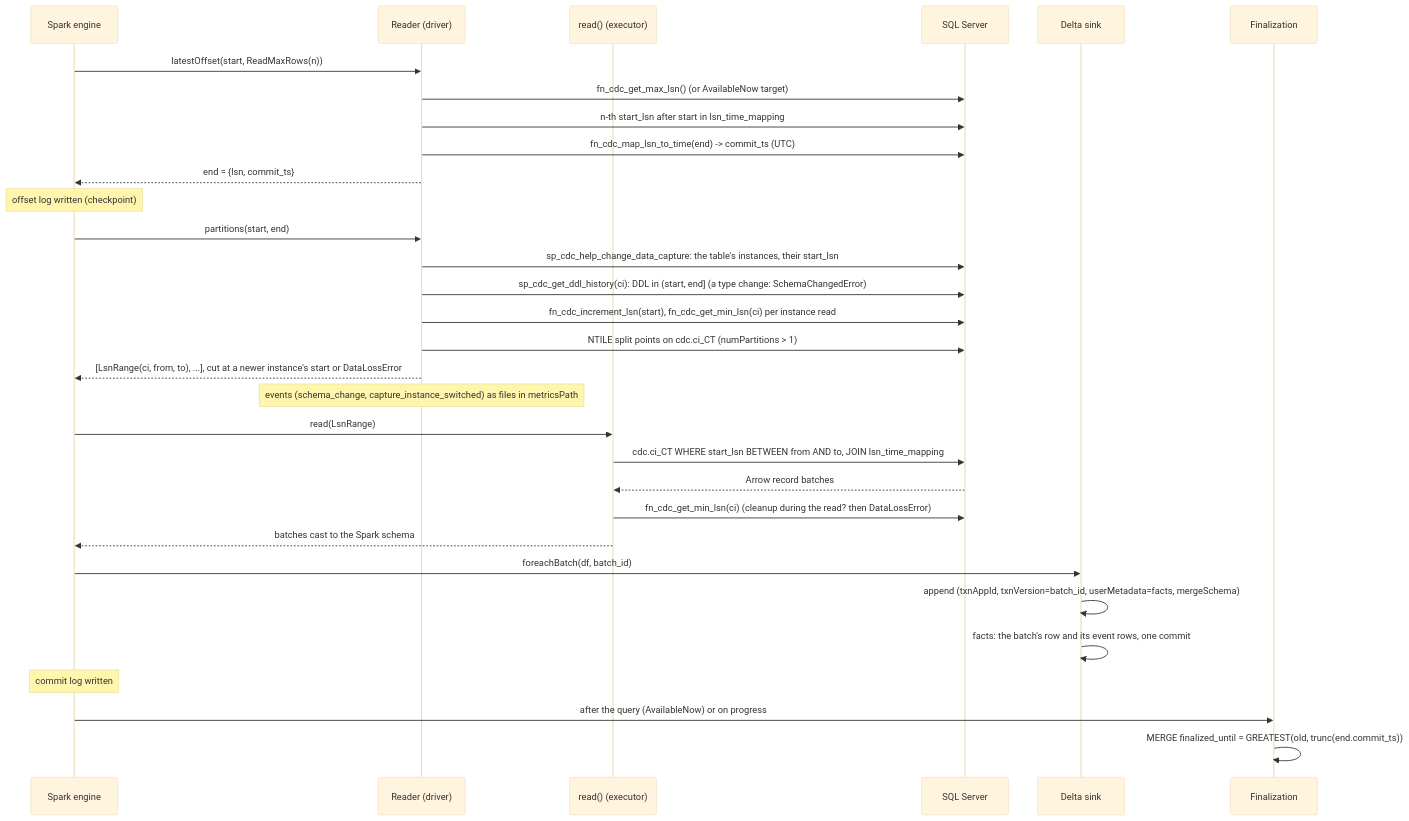
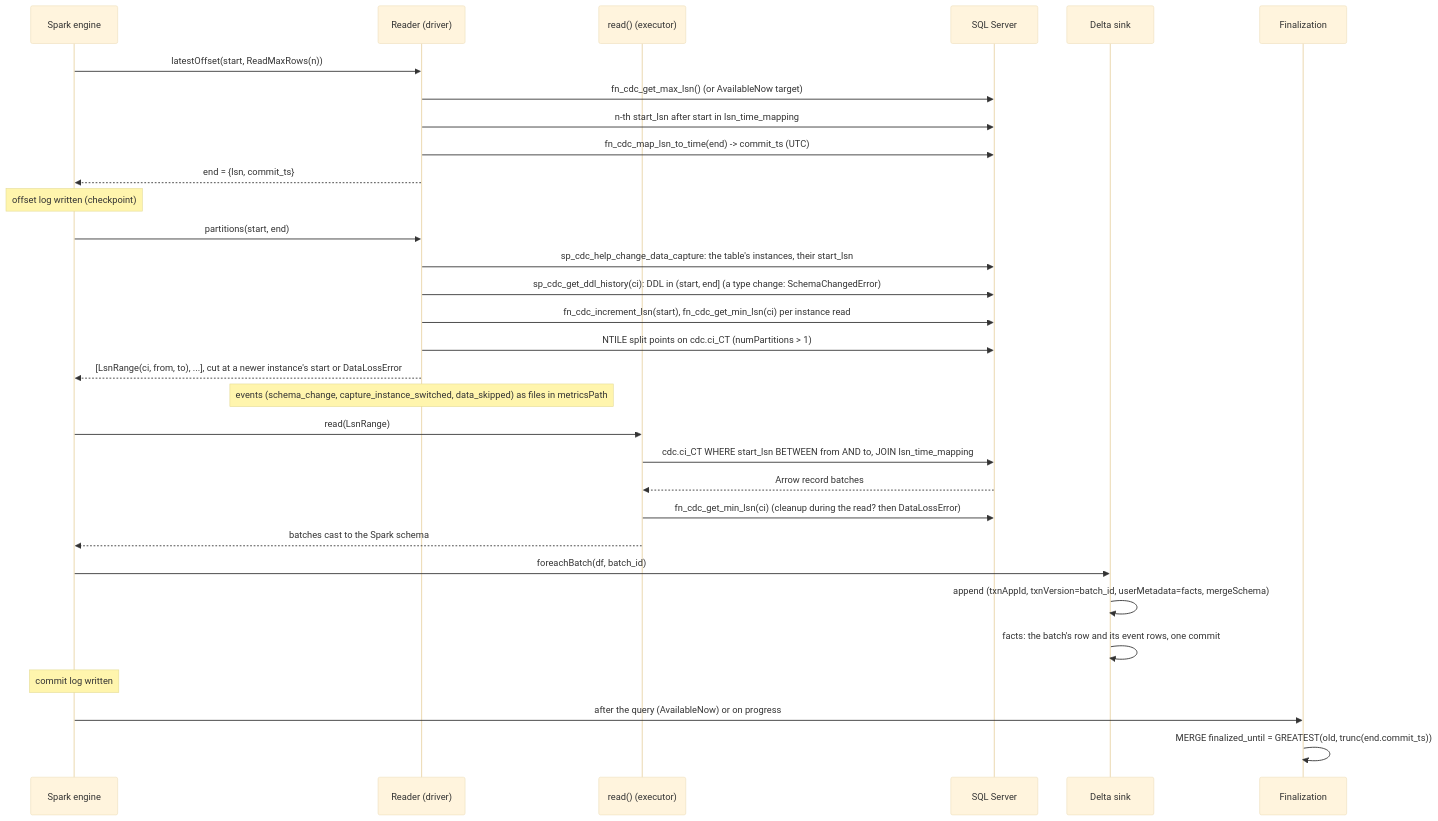
The second of 2 diagrams in docs/ARCHITECTURE.md (emanuel-luis/mssql-cdc-pyspark), drawn with Mermaid (base theme) before and after one commit. The commit also changed other lines of this file and 3 other files, not shown here.

````diff
--- a/docs/ARCHITECTURE.md
+++ b/docs/ARCHITECTURE.md
@@ -77,34 +77,34 @@
 ```mermaid
 sequenceDiagram
   participant E as Spark engine
   participant R as Reader (driver)
   participant X as read() (executor)
   participant S as SQL Server
   participant D as Delta sink
   participant F as Finalization
 
   E->>R: latestOffset(start, ReadMaxRows(n))
   R->>S: fn_cdc_get_max_lsn()  (or AvailableNow target)
   R->>S: n-th start_lsn after start in lsn_time_mapping
   R->>S: fn_cdc_map_lsn_to_time(end)  -> commit_ts (UTC)
   R-->>E: end = {lsn, commit_ts}
   Note over E: offset log written (checkpoint)
   E->>R: partitions(start, end)
   R->>S: sp_cdc_help_change_data_capture: the table's instances, their start_lsn
   R->>S: sp_cdc_get_ddl_history(ci): DDL in (start, end]  (a type change: SchemaChangedError)
   R->>S: fn_cdc_increment_lsn(start), fn_cdc_get_min_lsn(ci) per instance read
   R->>S: NTILE split points on cdc.ci_CT (numPartitions > 1)
   R-->>E: [LsnRange(ci, from, to), ...], cut at a newer instance's start  or DataLossError
-  Note over R: events (schema_change, capture_instance_switched) as files in metricsPath
+  Note over R: events (schema_change, capture_instance_switched, data_skipped) as files in metricsPath
   E->>X: read(LsnRange)
   X->>S: cdc.ci_CT WHERE start_lsn BETWEEN from AND to, JOIN lsn_time_mapping
   S-->>X: Arrow record batches
   X->>S: fn_cdc_get_min_lsn(ci)  (cleanup during the read? then DataLossError)
   X-->>E: batches cast to the Spark schema
   E->>D: foreachBatch(df, batch_id)
   D->>D: append (txnAppId, txnVersion=batch_id, userMetadata=facts, mergeSchema)
   D->>D: facts: the batch's row and its event rows, one commit
   Note over E: commit log written
   E->>F: after the query (AvailableNow) or on progress
   F->>F: MERGE finalized_until = GREATEST(old, trunc(end.commit_ts))
 ```
````
